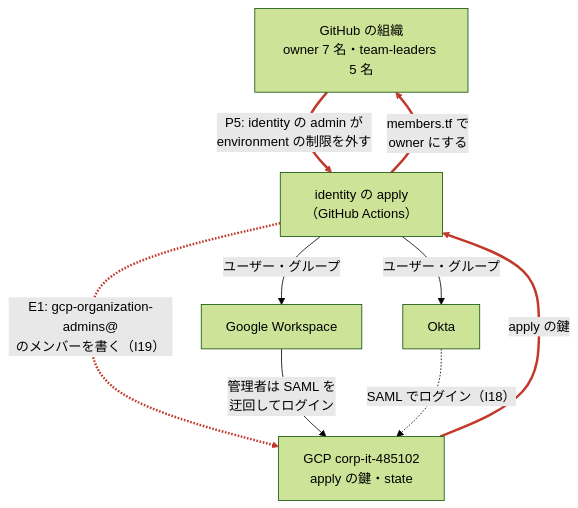
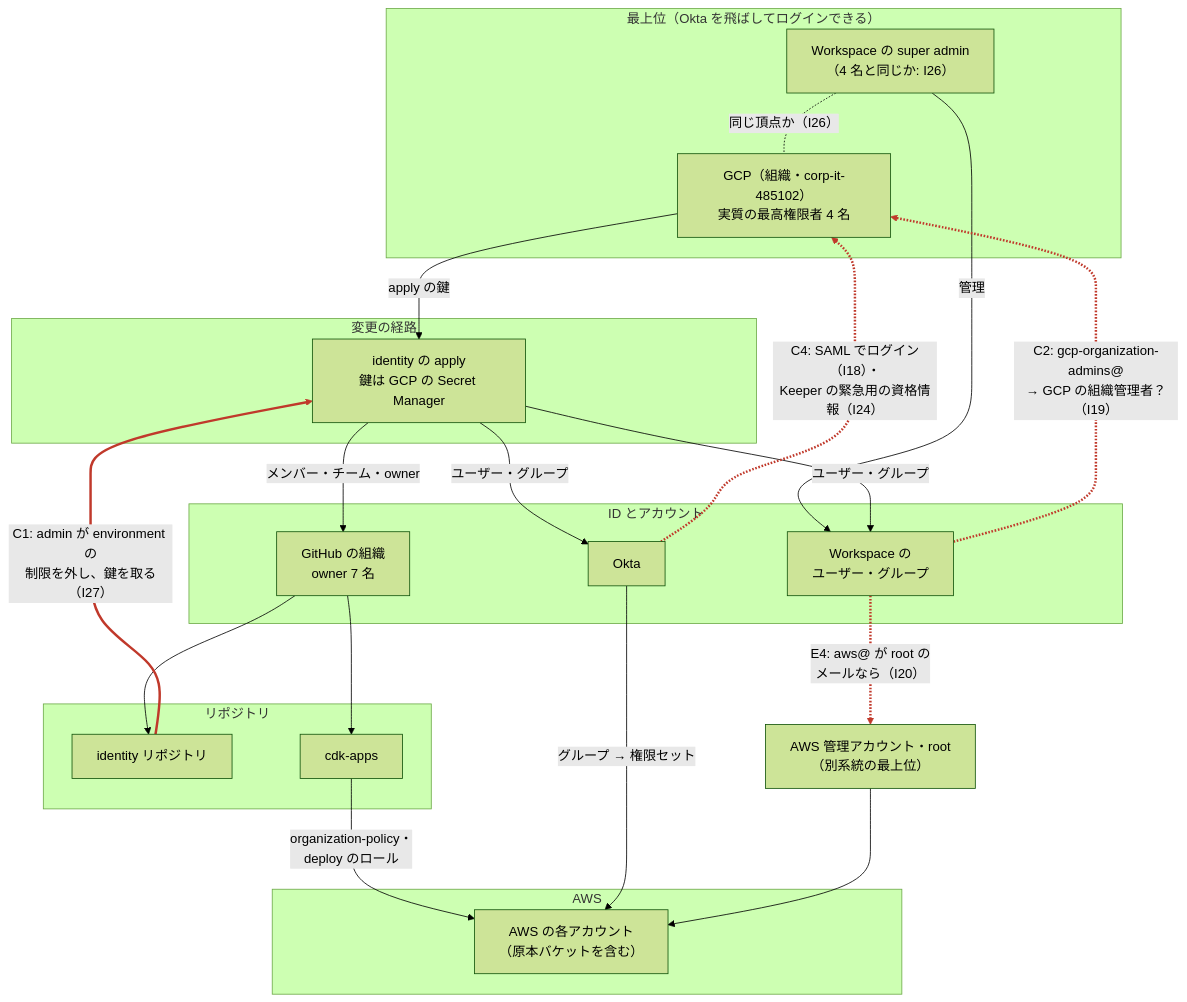
One commit to ito-yusaku-turing/personal-workspace changed the first of 2 diagrams in projects/privileged-access/workstream/apex-privileges/privilege-map.md. Above: the diagram before and after it, drawn with Mermaid (forest theme). The commit also changed other lines of this file and 6 other files, not shown here.

First line of the commit message:
docs(projects): 頂点の階層図を GCP を最上位に描き直し、システム保全責任者の設計を人のグループで整理する

````diff
--- a/projects/privileged-access/workstream/apex-privileges/privilege-map.md
+++ b/projects/privileged-access/workstream/apex-privileges/privilege-map.md
@@ -201,19 +201,42 @@
 ```mermaid
 flowchart TB
-  GH["GitHub の組織<br/>owner 7 名・team-leaders 5 名"]
-  APPLY["identity の apply<br/>（GitHub Actions）"]
-  GCP["GCP corp-it-485102<br/>apply の鍵・state"]
-  OKTA["Okta"]
-  GWS["Google Workspace"]
+  subgraph L0["最上位（Okta を飛ばしてログインできる）"]
+    GCP["GCP（組織・corp-it-485102）<br/>実質の最高権限者 4 名"]
+    GWSSA["Workspace の super admin<br/>（4 名と同じか: I26）"]
+  end
+  subgraph L1["変更の経路"]
+    APPLY["identity の apply<br/>鍵は GCP の Secret Manager"]
+  end
+  subgraph L2["ID とアカウント"]
+    GWSU["Workspace の<br/>ユーザー・グループ"]
+    OKTA["Okta"]
+    GH["GitHub の組織<br/>owner 7 名"]
+  end
+  subgraph L3["リポジトリ"]
+    IDREPO["identity リポジトリ"]
+    CDK["cdk-apps"]
+  end
+  subgraph L4["AWS"]
+    AWSACC["AWS の各アカウント<br/>（原本バケットを含む）"]
+  end
+  AWSM["AWS 管理アカウント・root<br/>（別系統の最上位）"]
 
-  GH -->|"P5: identity の admin が<br/>environment の制限を外す"| APPLY
   GCP -->|"apply の鍵"| APPLY
-  APPLY -->|"members.tf で<br/>owner にする"| GH
-  APPLY -.->|"E1: gcp-organization-admins@<br/>のメンバーを書く（I19）"| GCP
+  GWSSA -->|"管理"| GWSU
+  APPLY -->|"ユーザー・グループ"| GWSU
   APPLY -->|"ユーザー・グループ"| OKTA
-  APPLY -->|"ユーザー・グループ"| GWS
-  GWS -->|"管理者は SAML を<br/>迂回してログイン"| GCP
-  OKTA -.->|"SAML でログイン（I18）"| GCP
+  APPLY -->|"メンバー・チーム・owner"| GH
+  GH --> IDREPO
+  GH --> CDK
+  CDK -->|"organization-policy・<br/>deploy のロール"| AWSACC
+  OKTA -->|"グループ → 権限セット"| AWSACC
+  AWSM --> AWSACC
+  GWSSA -.-|"同じ頂点か（I26）"| GCP
 
-  linkStyle 0,1,2,3 stroke:#c0392b,stroke-width:3px
+  IDREPO ==>|"C1: admin が environment の<br/>制限を外し、鍵を取る（I27）"| APPLY
+  GWSU -.->|"C2: gcp-organization-admins@<br/>→ GCP の組織管理者？（I19）"| GCP
+  OKTA -.->|"C4: SAML でログイン（I18）・<br/>Keeper の緊急用の資格情報（I24）"| GCP
+  GWSU -.->|"E4: aws@ が root の<br/>メールなら（I20）"| AWSM
+
+  linkStyle 11,12,13,14 stroke:#c0392b,stroke-width:3px
 ```
````
